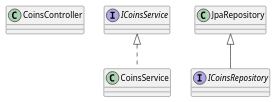
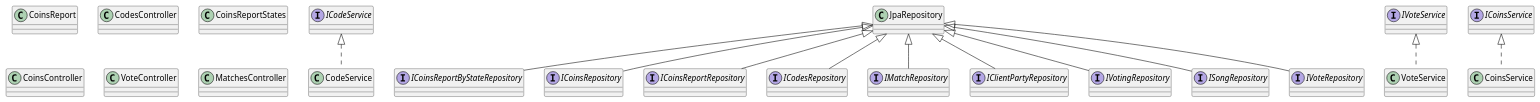
Before and after one commit to Bercovein/CCoins_Coins: the diagram in Coins.puml, drawn with PlantUML. The commit also changed 1 other file, not shown here.

```diff
--- a/Coins.puml
+++ b/Coins.puml
@@ -1,14 +1,58 @@
 @startuml
+class CoinsReport {
+}
+class CodesController {
+}
+class CoinsReportStates {
+}
+interface ICodeService {
+}
+interface ICoinsReportByStateRepository {
+}
+class CodeService {
+}
+interface ICoinsRepository {
+}
+interface ICoinsReportRepository {
+}
+class VoteService {
+}
+interface ICodesRepository {
+}
+interface IMatchRepository {
+}
 class CoinsController {
 }
 class CoinsService {
 }
 interface ICoinsService {
 }
-interface ICoinsRepository {
+class VoteController {
+}
+interface IVoteService {
+}
+interface IClientPartyRepository {
+}
+class MatchesController {
+}
+interface IVotingRepository {
+}
+interface ISongRepository {
+}
+interface IVoteRepository {
 }
 
 
+JpaRepository <|-- ICoinsReportByStateRepository
+ICodeService <|.. CodeService
+JpaRepository <|-- ICoinsRepository
+JpaRepository <|-- ICoinsReportRepository
+IVoteService <|.. VoteService
+JpaRepository <|-- ICodesRepository
+JpaRepository <|-- IMatchRepository
 ICoinsService <|.. CoinsService
-JpaRepository <|-- ICoinsRepository
+JpaRepository <|-- IClientPartyRepository
+JpaRepository <|-- IVotingRepository
+JpaRepository <|-- ISongRepository
+JpaRepository <|-- IVoteRepository
 @enduml
```
